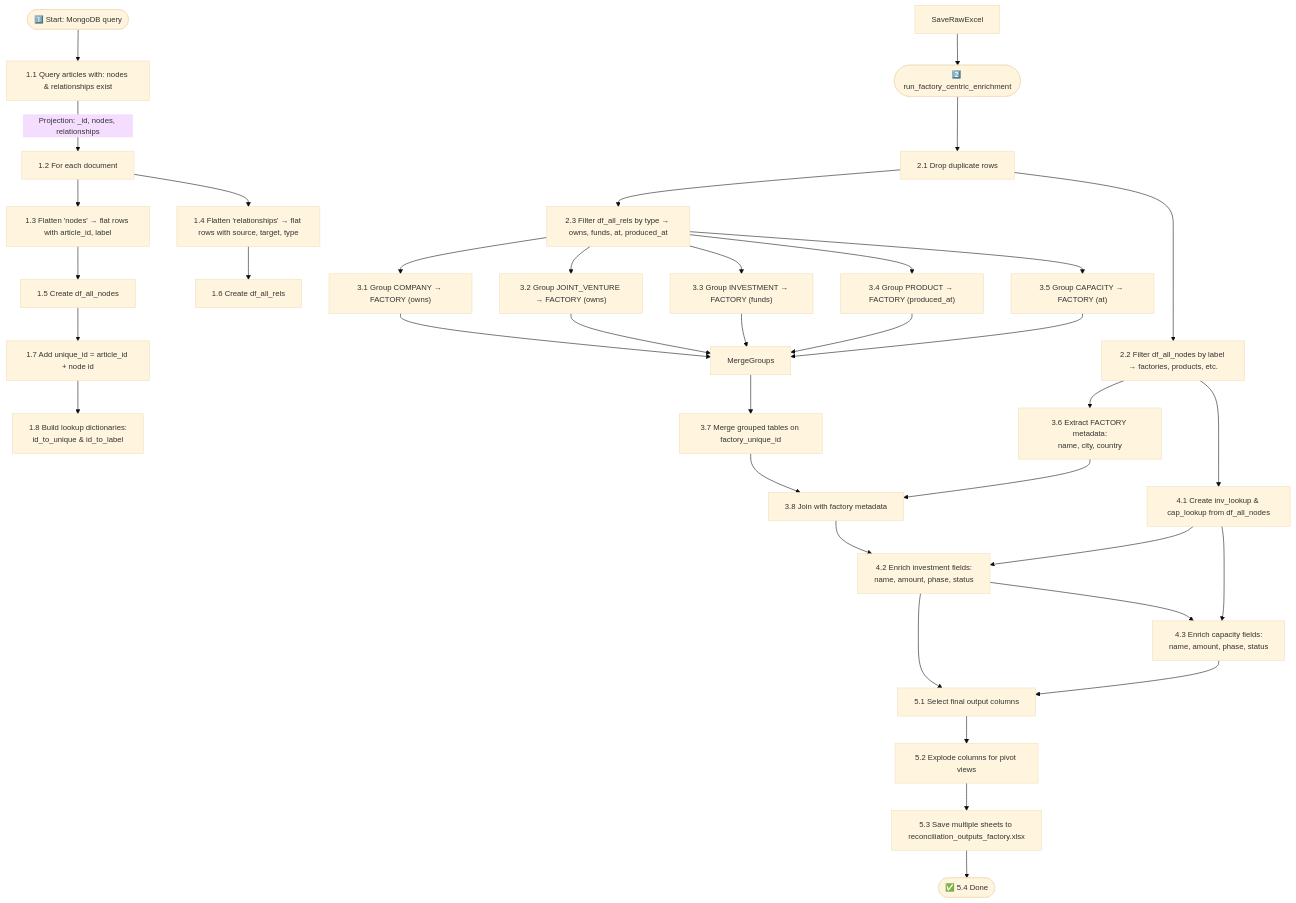
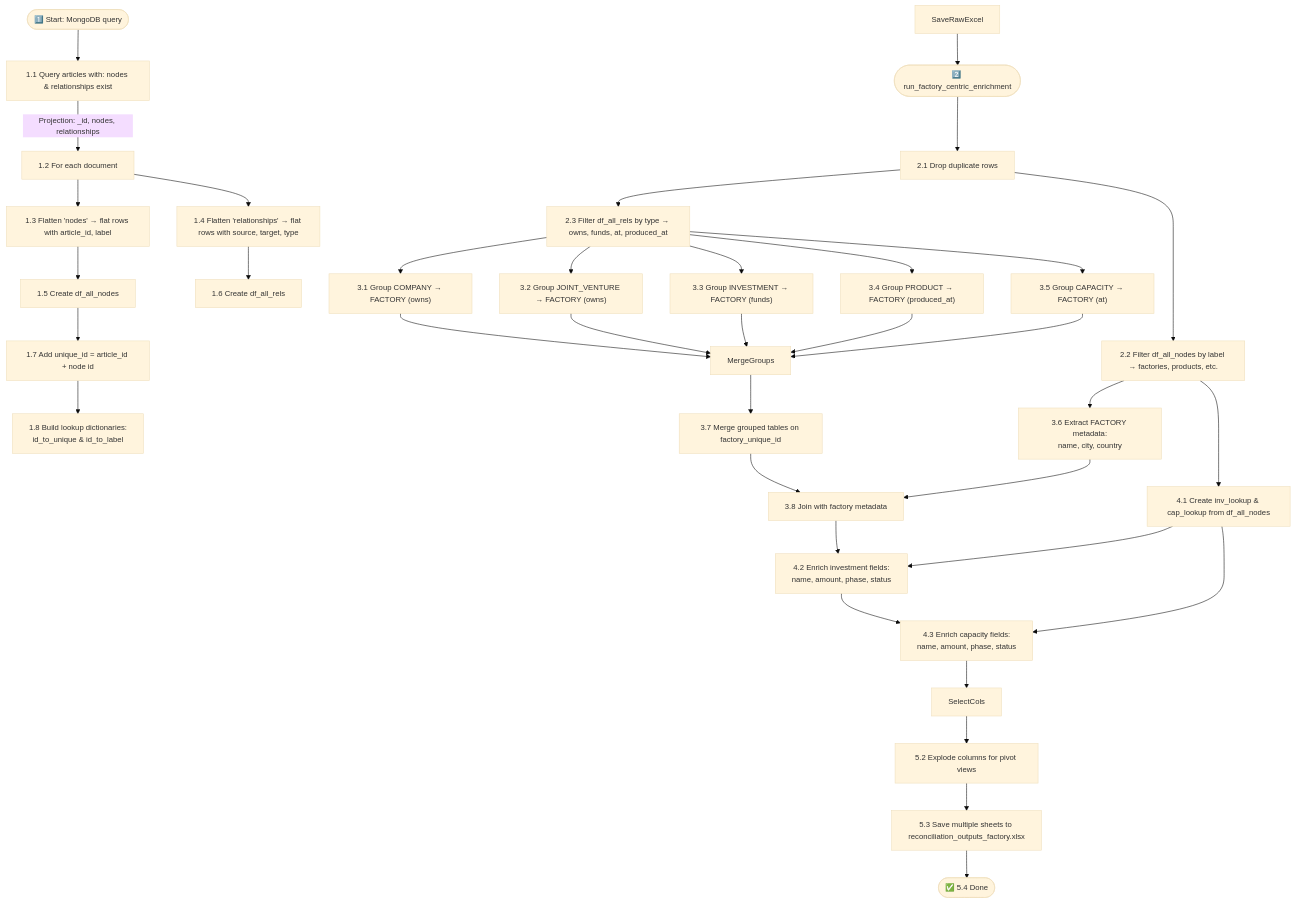
One commit to benmcwilliams/tuone-core changed the diagram in reconcile/Readme.md. Above: the diagram before and after it, drawn with Mermaid.

````diff
--- a/reconcile/Readme.md
+++ b/reconcile/Readme.md
@@ -17,50 +17,50 @@
 ```mermaid
 %%{init: {'theme': 'base', 'themeVariables': { 'fontSize': '14px' }}}%%
 flowchart TD
 
 %% Section 1: Mongo query and document loop
 Start([1️⃣ Start: MongoDB query]) --> QueryMongo["1.1 Query articles with: nodes & relationships exist"]
 QueryMongo -->|Projection: _id, nodes, relationships| IterateDocs["1.2 For each document"]
 IterateDocs --> FlattenNodes["1.3 Flatten 'nodes' → flat rows with article_id, label"]
 IterateDocs --> FlattenRels["1.4 Flatten 'relationships' → flat rows with source, target, type"]
 FlattenNodes --> DFNodes["1.5 Create df_all_nodes"]
 FlattenRels --> DFRels["1.6 Create df_all_rels"]
 DFNodes --> UniqueID["1.7 Add unique_id = article_id + node id"]
 UniqueID["1.7 Add unique_id = article_id + node id"] --> IDToLabel["1.8 Build lookup dictionaries:\nid_to_unique & id_to_label"]
 
 
 %% Section 2: Begin enrichment function
 SaveRawExcel --> StartEnrich([2️⃣ run_factory_centric_enrichment])
 StartEnrich --> Deduplicate["2.1 Drop duplicate rows"]
 Deduplicate --> SubsetNodes["2.2 Filter df_all_nodes by label → factories, products, etc."]
 SubsetNodes["2.2 Filter df_all_nodes by label → factories, products, etc."] --> BuildLookups["4.1 Create inv_lookup & cap_lookup from df_all_nodes"]
 Deduplicate --> SubsetRels["2.3 Filter df_all_rels by type → owns, funds, at, produced_at"]
 
 %% Section 3: Grouping via relationships
 SubsetRels --> GroupOwns["3.1 Group COMPANY → FACTORY (owns)"]
 SubsetRels --> GroupOwnsJV["3.2 Group JOINT_VENTURE → FACTORY (owns)"]
 SubsetRels --> GroupFunds["3.3 Group INVESTMENT → FACTORY (funds)"]
 SubsetRels --> GroupProducts["3.4 Group PRODUCT → FACTORY (produced_at)"]
 SubsetRels --> GroupCapacities["3.5 Group CAPACITY → FACTORY (at)"]
 GroupOwns --> MergeGroups
 GroupOwnsJV --> MergeGroups
 GroupFunds --> MergeGroups
 GroupProducts --> MergeGroups
 GroupCapacities --> MergeGroups
 SubsetNodes --> FactoryMeta["3.6 Extract FACTORY metadata:\nname, city, country"]
 MergeGroups --> MergeFactory["3.7 Merge grouped tables on factory_unique_id"]
 MergeFactory --> MergeMeta["3.8 Join with factory metadata"]
 FactoryMeta["3.6 Extract FACTORY metadata:\nname, city, country"] --> MergeMeta["3.8 Join with factory metadata"]
 %% Section 4: Enrichment using dictionaries
 
 MergeMeta["3.8 Join with factory metadata"] --> EnrichInvest["4.2 Enrich investment fields:\nname, amount, phase, status"]
 BuildLookups["4.1 Create inv_lookup & cap_lookup from df_all_nodes"] --> EnrichInvest["4.2 Enrich investment fields:\nname, amount, phase, status"]
 EnrichInvest["4.2 Enrich investment fields:\nname, amount, phase, status"] --> EnrichCap["4.3 Enrich capacity fields:\nname, amount, phase, status"]
 BuildLookups["4.1 Create inv_lookup & cap_lookup from df_all_nodes"] --> EnrichCap["4.3 Enrich capacity fields:\nname, amount, phase, status"]
 %% Section 5: Excel export
-EnrichInvest --> SelectCols["5.1 Select final output columns"]
+
 EnrichCap --> SelectCols
 SelectCols --> PivotViews["5.2 Explode columns for pivot views"]
 PivotViews --> SaveExcel["5.3 Save multiple sheets to reconciliation_outputs_factory.xlsx"]
 SaveExcel --> End([✅ 5.4 Done])
 ```
````
